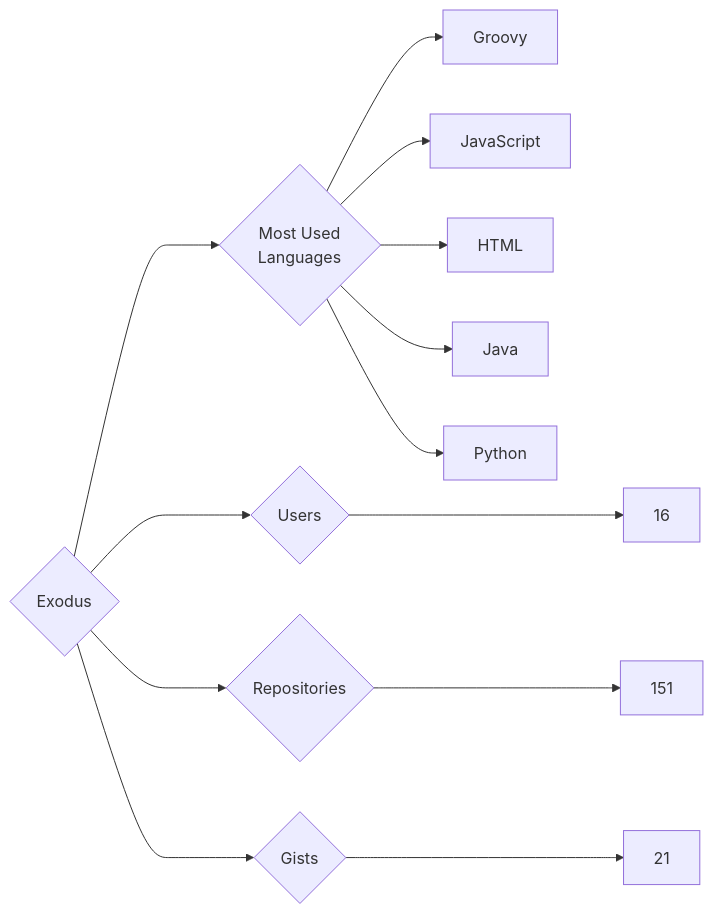
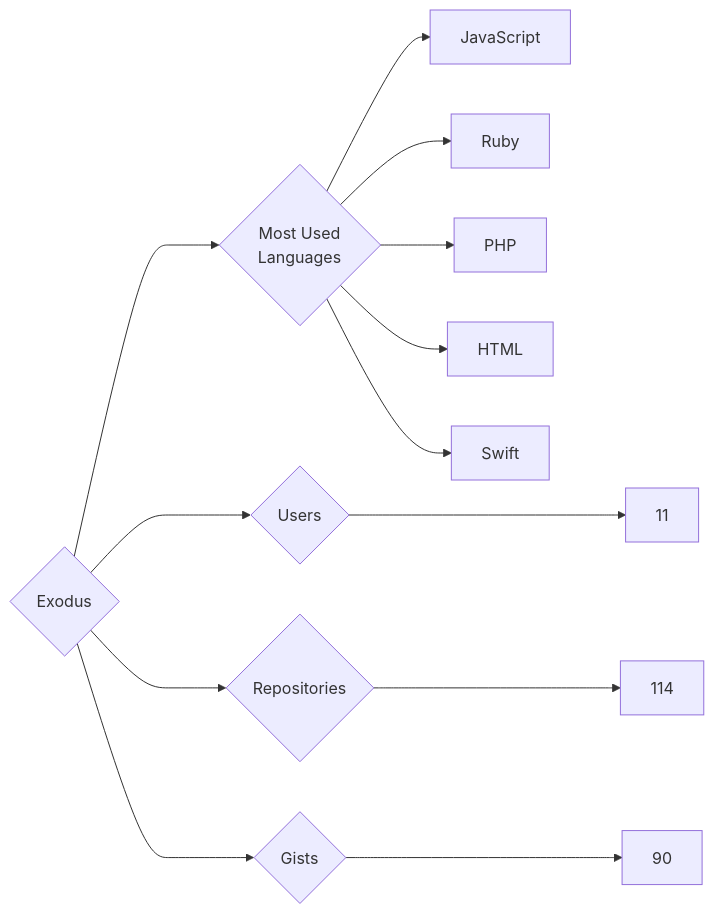
The diagram in targets/Exodus/README.md (trickest/insiders), drawn with Mermaid before and after one commit. The commit also changed 688 other files, not shown here.

````diff
--- a/targets/Exodus/README.md
+++ b/targets/Exodus/README.md
@@ -3,13 +3,13 @@
 ```mermaid
 graph LR
 COMPANY_NAME{Exodus}
-COMPANY_NAME ---> U{Users} ---> UN[16]
-COMPANY_NAME ---> R{Repositories} ---> RN[151]
-COMPANY_NAME ---> G{Gists} ---> GN[21]
+COMPANY_NAME ---> U{Users} ---> UN[11]
+COMPANY_NAME ---> R{Repositories} ---> RN[114]
+COMPANY_NAME ---> G{Gists} ---> GN[90]
 COMPANY_NAME ---> ML{Most Used<br>Languages}
-ML --> Groovy[Groovy]
 ML --> JavaScript[JavaScript]
+ML --> Ruby[Ruby]
+ML --> PHP[PHP]
 ML --> HTML[HTML]
-ML --> Java[Java]
-ML --> Python[Python]
+ML --> Swift[Swift]
 ```
````
